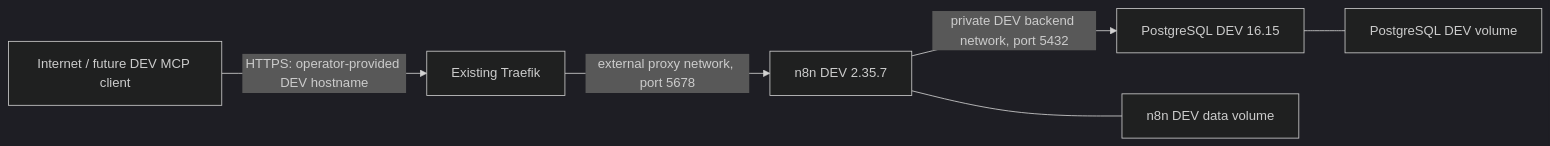
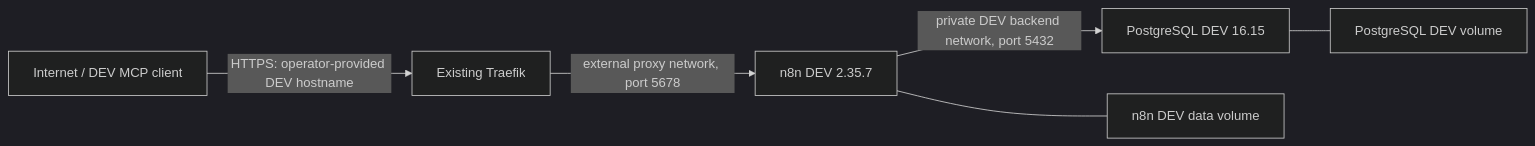
The diagram in infra/n8n-dev/README.md (carlosr01/linkedin-content-engine), drawn with Mermaid (dark theme) before and after one commit. The commit also changed other lines of this file and 1 other file, not shown here.

Commit message:
docs: record n8n DEV MCP verification evidence

````diff
--- a/infra/n8n-dev/README.md
+++ b/infra/n8n-dev/README.md
@@ -29,8 +35,8 @@
 ```mermaid
 flowchart LR
-  Internet["Internet / future DEV MCP client"] -->|"HTTPS: operator-provided DEV hostname"| Traefik["Existing Traefik"]
+  Internet["Internet / DEV MCP client"] -->|"HTTPS: operator-provided DEV hostname"| Traefik["Existing Traefik"]
   Traefik -->|"external proxy network, port 5678"| N8N["n8n DEV 2.35.7"]
   N8N -->|"private DEV backend network, port 5432"| Postgres["PostgreSQL DEV 16.15"]
   N8N --- N8NVolume["n8n DEV data volume"]
   Postgres --- PostgresVolume["PostgreSQL DEV volume"]
 ```
````
